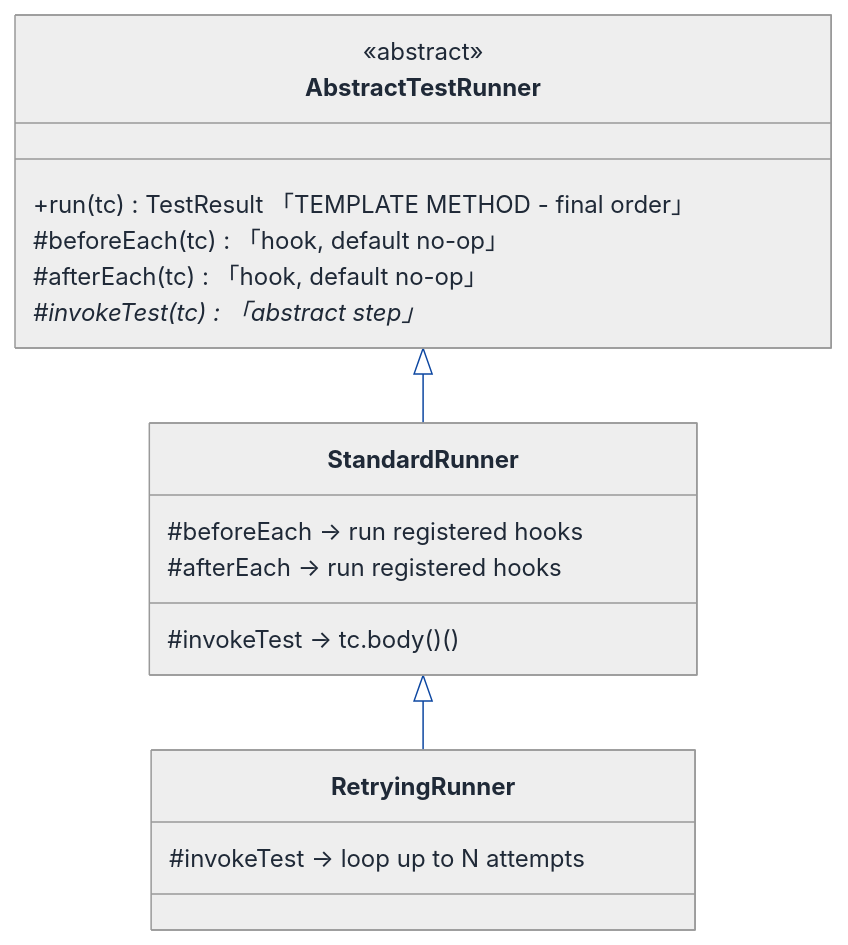
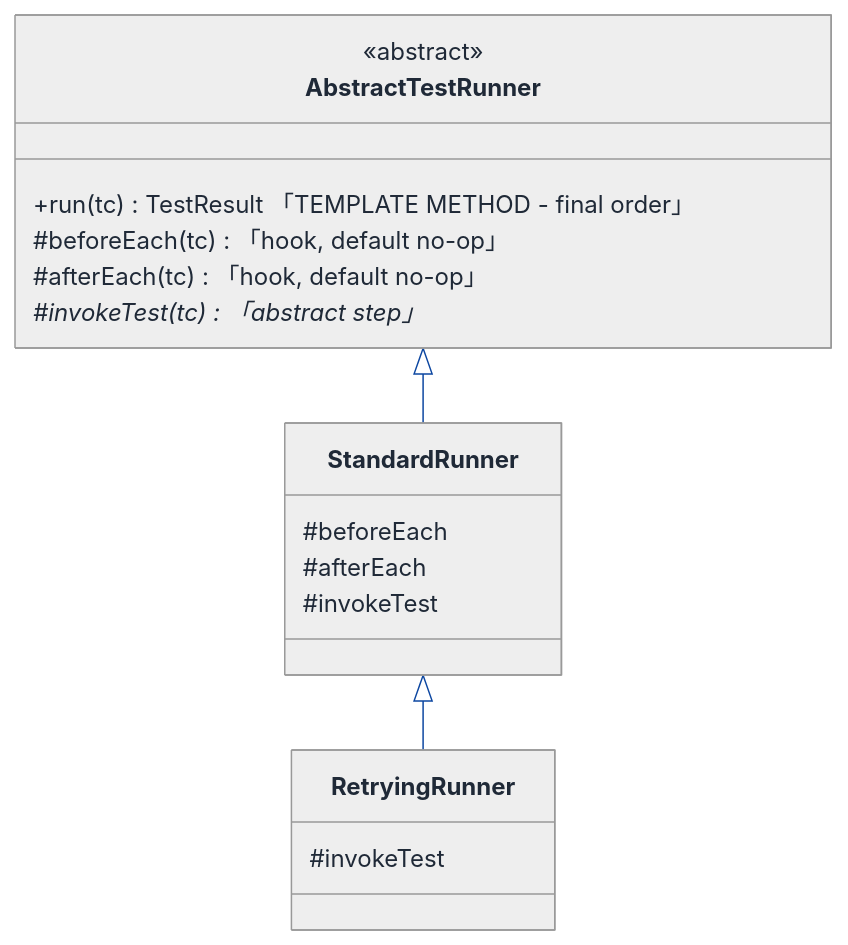
The second of 7 diagrams in LLD/Topics/Plugin_Architecture/Test_Framework.md (Prateek-5/question-bank), drawn with Mermaid before and after one commit. The commit also changed other lines of this file and 61 other files, not shown here.

First line of the commit message:
Fix invalid mermaid classDiagram member syntax across LLD walkthroughs

````diff
--- a/LLD/Topics/Plugin_Architecture/Test_Framework.md
+++ b/LLD/Topics/Plugin_Architecture/Test_Framework.md
@@ -419,53 +419,53 @@
 ```mermaid
 ---
 config:
   theme: neutral
   themeVariables:
     background: '#ffffff'
     primaryColor: '#cfe2ff'
     primaryTextColor: '#1f2937'
     primaryBorderColor: '#084298'
     secondaryColor: '#fff3cd'
     secondaryTextColor: '#1f2937'
     secondaryBorderColor: '#664d03'
     tertiaryColor: '#d1e7dd'
     tertiaryTextColor: '#1f2937'
     tertiaryBorderColor: '#0a3622'
     lineColor: '#0d47a1'
     textColor: '#1f2937'
     noteBkgColor: '#fff3cd'
     noteTextColor: '#1f2937'
     noteBorderColor: '#997404'
     actorBkg: '#cfe2ff'
     actorBorder: '#084298'
     actorTextColor: '#1f2937'
     signalColor: '#0d47a1'
     signalTextColor: '#1f2937'
     labelBoxBkgColor: '#ffffff'
     labelBoxBorderColor: '#d3d3d3'
     labelTextColor: '#1f2937'
     edgeLabelBackground: '#ffffff'
     labelBackground: '#ffffff'
     classText: '#1f2937'
     fontFamily: 'system-ui, -apple-system, Segoe UI, Helvetica, Arial, sans-serif'
 ---
 classDiagram
   direction TB
   class AbstractTestRunner {
     <<abstract>>
     +run(tc) TestResult  「TEMPLATE METHOD - final order」
     #beforeEach(tc)  「hook, default no-op」
     #afterEach(tc)   「hook, default no-op」
     #invokeTest(tc)* 「abstract step」
   }
   class StandardRunner {
-    #beforeEach → run registered hooks
-    #afterEach  → run registered hooks
-    #invokeTest → tc.body()()
+    #beforeEach
+    #afterEach
+    #invokeTest
   }
   class RetryingRunner {
-    #invokeTest → loop up to N attempts
+    #invokeTest
   }
   AbstractTestRunner <|-- StandardRunner
   StandardRunner <|-- RetryingRunner
 ```
````
